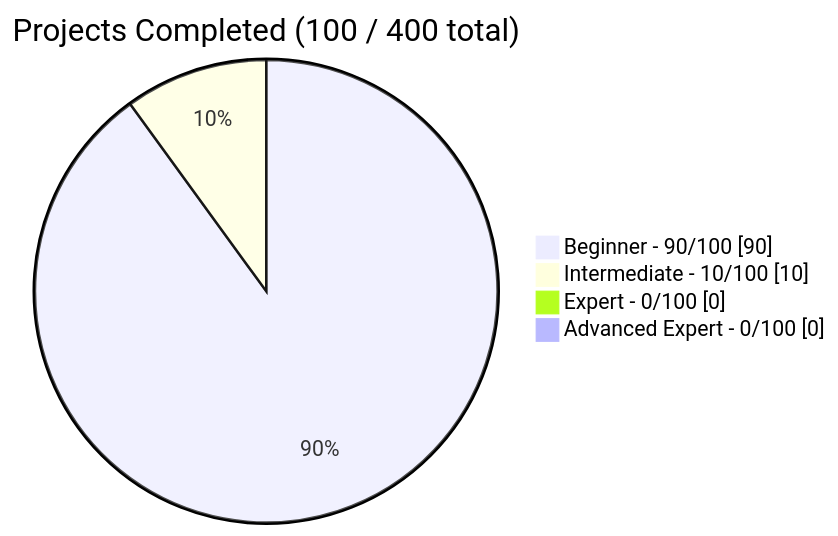
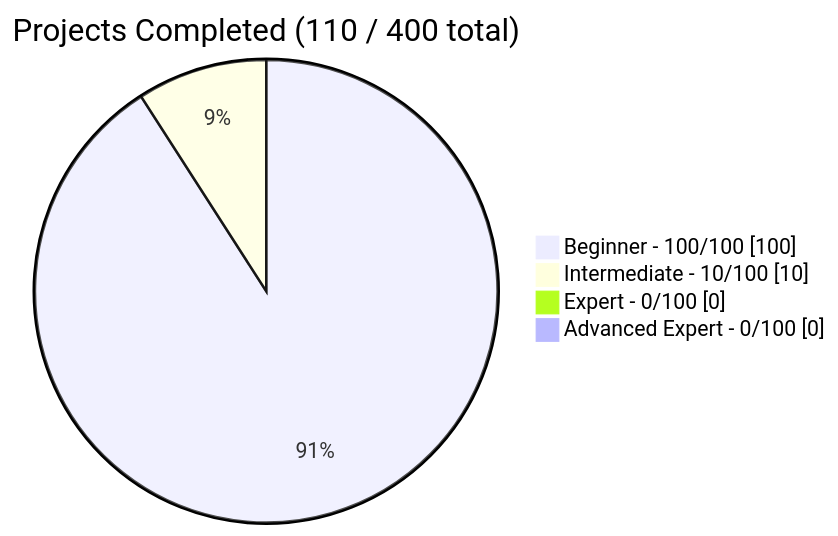
One commit to Debanga-06/Code-Odessey changed the diagram in README.md. Above: the diagram before and after it, drawn with Mermaid. The commit also changed other lines of this file and 1 other file, not shown here.

Commit message:
Add Code

````diff
--- a/README.md
+++ b/README.md
@@ -75,8 +75,8 @@
 ```mermaid
 pie showData
-    title Projects Completed (100 / 400 total)
-    "Beginner - 90/100" : 90
+    title Projects Completed (110 / 400 total)
+    "Beginner - 100/100" : 100
     "Intermediate - 10/100" : 10
     "Expert - 0/100" : 0
     "Advanced Expert - 0/100" : 0
 ```
````
